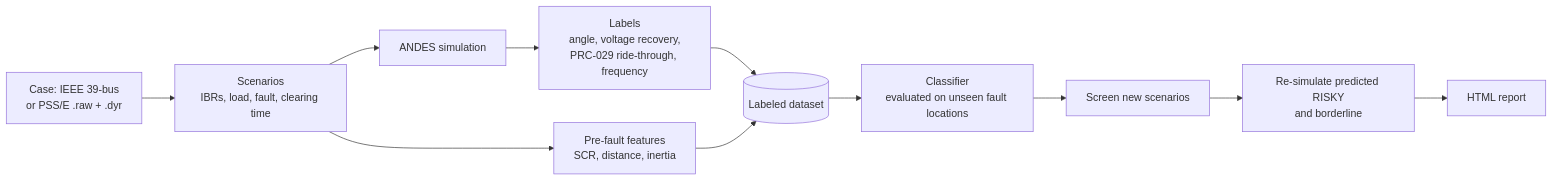
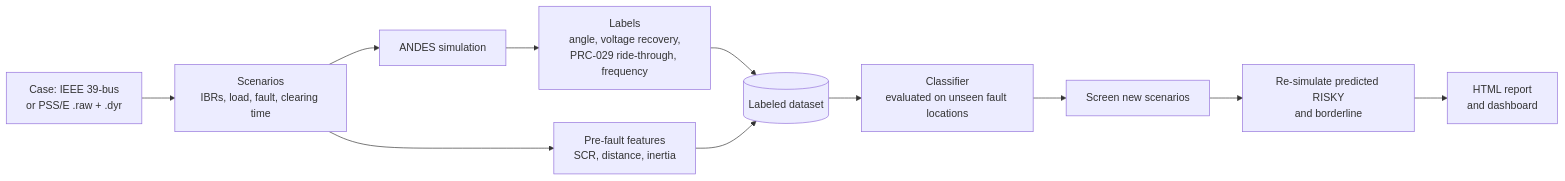
One commit to ishaibu/ibr-faultscreen changed the diagram in README.md. Above: the diagram before and after it, drawn with Mermaid. The commit also changed other lines of this file and 37 other files, not shown here.

````diff
--- a/README.md
+++ b/README.md
@@ -117,13 +119,13 @@
 ```mermaid
 flowchart LR
     A[Case: IEEE 39-bus<br/>or PSS/E .raw + .dyr] --> B[Scenarios<br/>IBRs, load, fault, clearing time]
     B --> C[ANDES simulation]
     C --> D[Labels<br/>angle, voltage recovery,<br/>PRC-029 ride-through, frequency]
     B --> E[Pre-fault features<br/>SCR, distance, inertia]
     D --> F[(Labeled dataset)]
     E --> F
     F --> G[Classifier<br/>evaluated on unseen fault locations]
     G --> H[Screen new scenarios]
     H --> I[Re-simulate predicted RISKY<br/>and borderline]
-    I --> J[HTML report]
+    I --> J[HTML report<br/>and dashboard]
 ```
````
